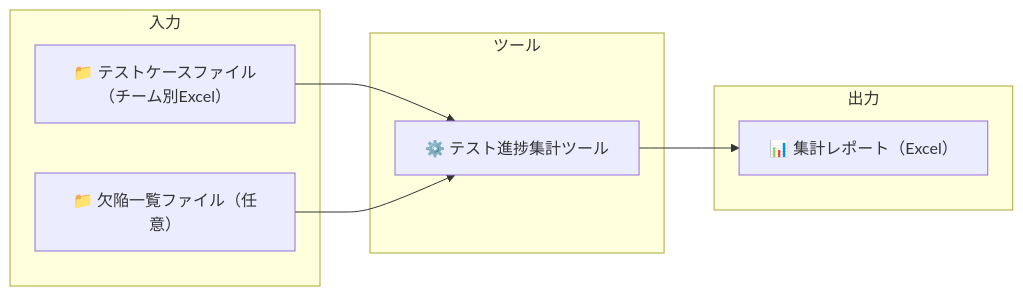
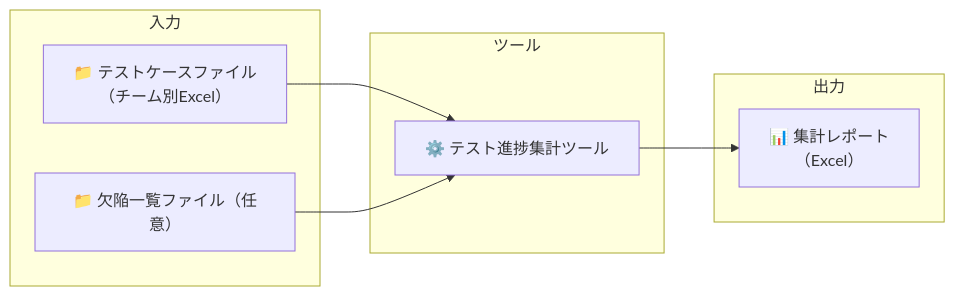
Before and after one commit to makio-dev/test-progress-collector: the first of 2 diagrams in docs/機能概要.md, drawn with Mermaid. The commit also changed other lines of this file and 2 other files, not shown here.

First line of the commit message:
ドキュメント修正: Mermaidの改行を <br/> に変更

````diff
--- a/docs/機能概要.md
+++ b/docs/機能概要.md
@@ -11,16 +11,16 @@
 ```mermaid
 flowchart LR
     subgraph 入力
-        TC["📁 テストケースファイル（チーム別Excel）"]
+        TC["📁 テストケースファイル<br/>（チーム別Excel）"]
         DF["📁 欠陥一覧ファイル（任意）"]
     end
     subgraph ツール
         AGG["⚙️ テスト進捗集計ツール"]
     end
     subgraph 出力
-        REP["📊 集計レポート（Excel）"]
+        REP["📊 集計レポート<br/>（Excel）"]
     end
     TC --> AGG
     DF --> AGG
     AGG --> REP
 ```
````
